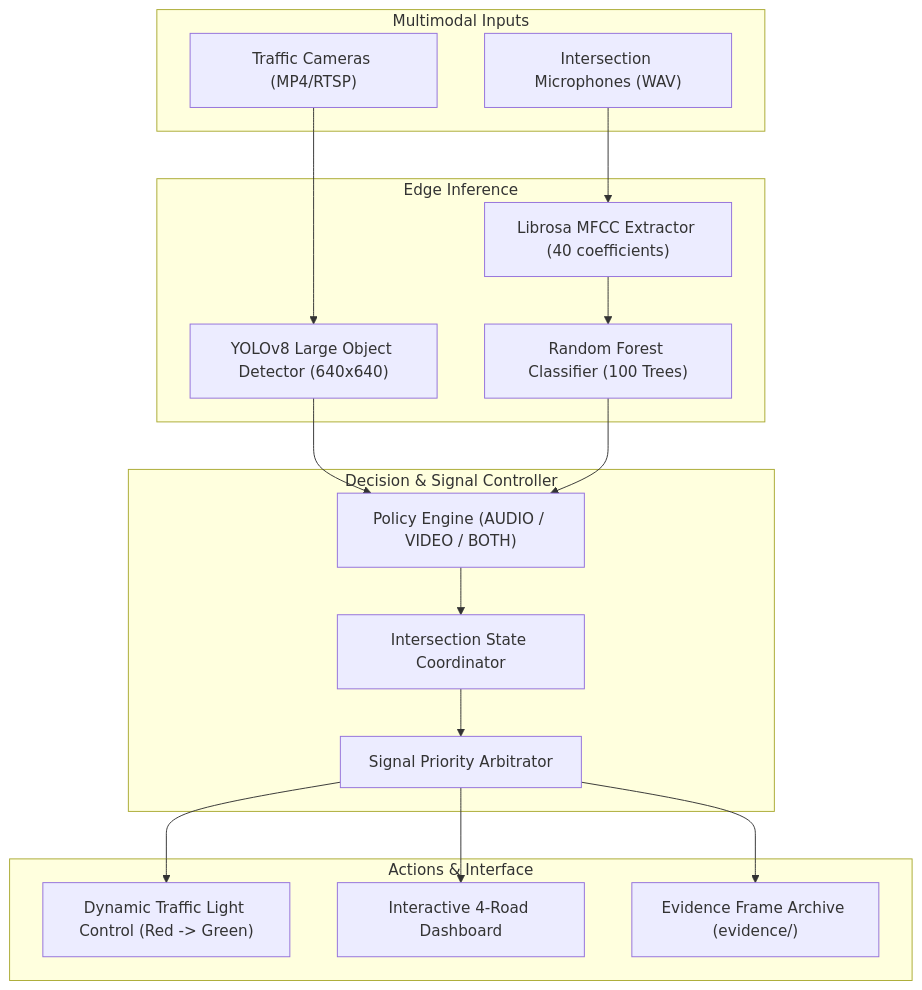
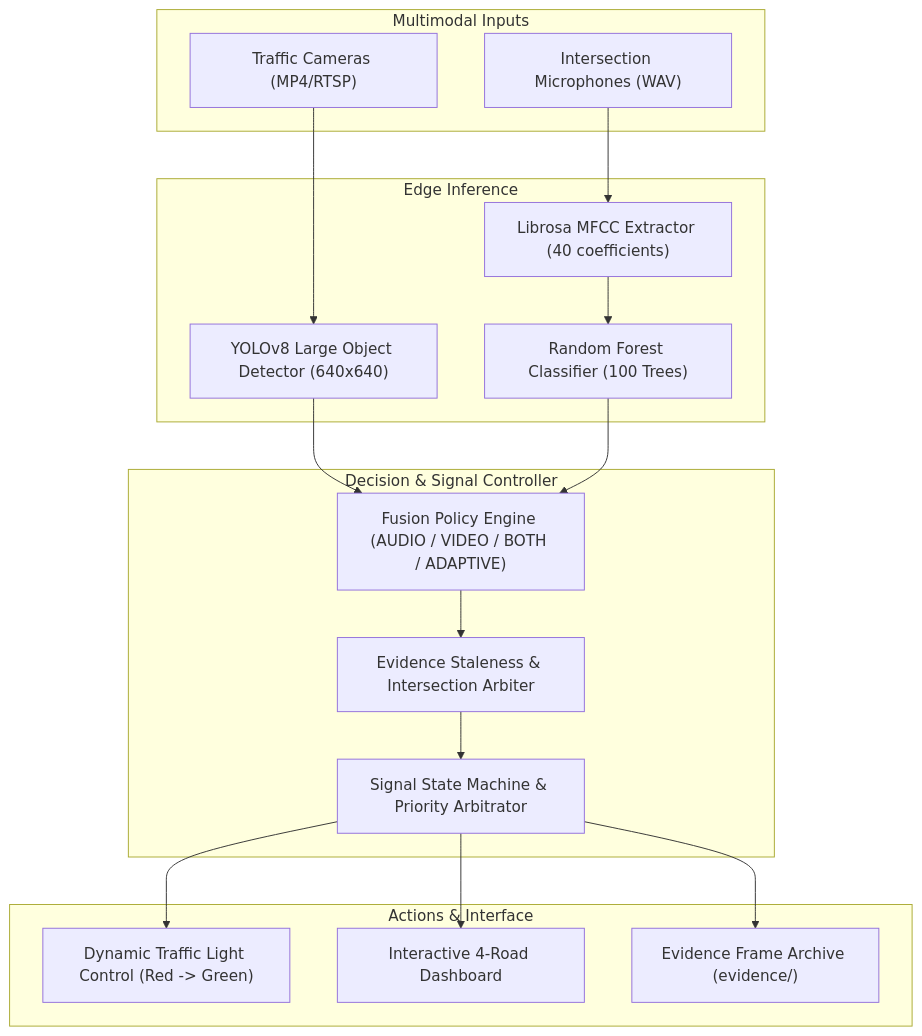
One commit to harshaba0408-netizen/ambulance-detection-project changed the diagram in README.md. Above: the diagram before and after it, drawn with Mermaid. The commit also changed other lines of this file and 93 other files, not shown here.

````diff
--- a/README.md
+++ b/README.md
@@ -41,34 +43,34 @@
 ```mermaid
 graph TD
     subgraph SENSORS ["Multimodal Inputs"]
         A1["Traffic Cameras (MP4/RTSP)"]
         A2["Intersection Microphones (WAV)"]
     end
 
     subgraph INFERENCE ["Edge Inference"]
         B1["YOLOv8 Large Object Detector (640x640)"]
         B2["Librosa MFCC Extractor (40 coefficients)"]
         B3["Random Forest Classifier (100 Trees)"]
     end
 
     subgraph ARBITRATION ["Decision & Signal Controller"]
-        C1["Policy Engine (AUDIO / VIDEO / BOTH)"]
-        C2["Intersection State Coordinator"]
-        C3["Signal Priority Arbitrator"]
+        C1["Fusion Policy Engine (AUDIO / VIDEO / BOTH / ADAPTIVE)"]
+        C2["Evidence Staleness & Intersection Arbiter"]
+        C3["Signal State Machine & Priority Arbitrator"]
     end
 
     subgraph OUTPUT ["Actions & Interface"]
         D1["Dynamic Traffic Light Control (Red -> Green)"]
         D2["Interactive 4-Road Dashboard"]
         D3["Evidence Frame Archive (evidence/)"]
     end
 
     A1 --> B1
     A2 --> B2 --> B3
     B1 --> C1
     B3 --> C1
     C1 --> C2 --> C3
     C3 --> D1
     C3 --> D2
     C3 --> D3
 ```
````
